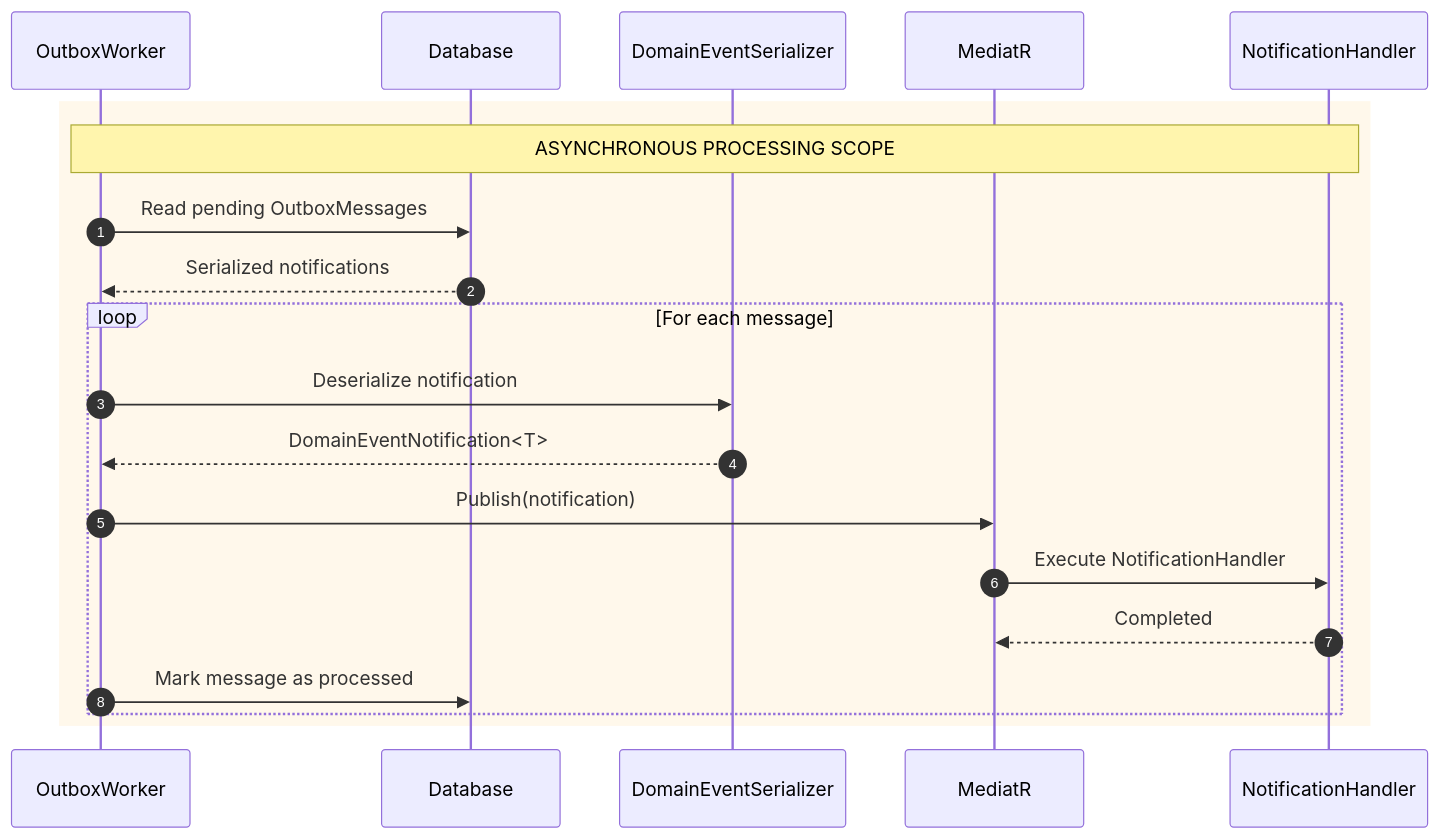
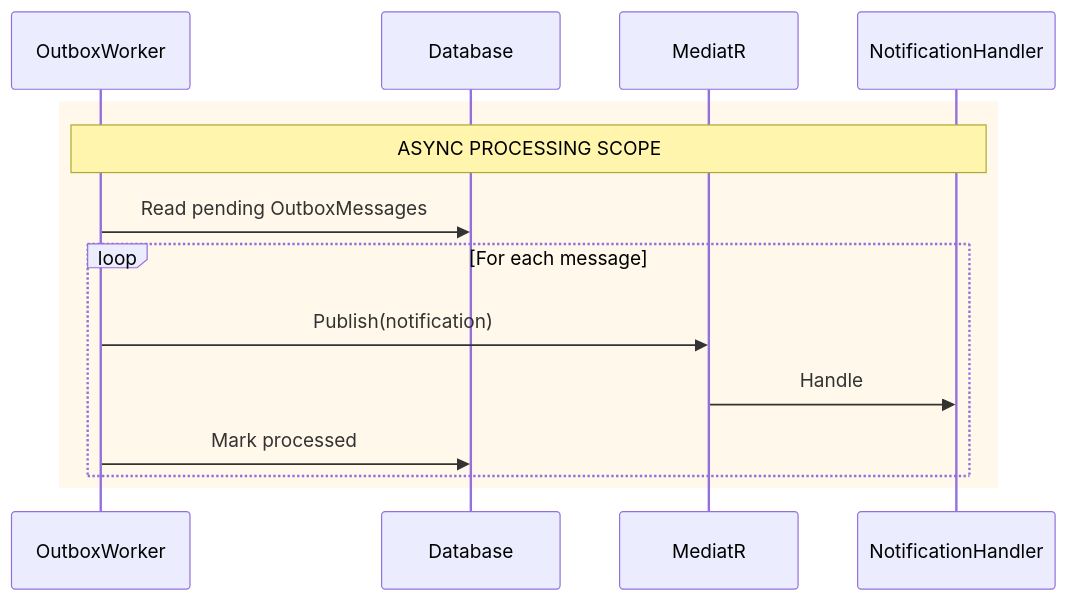
Before and after one commit to michaelatsey/microkit: the third of 3 diagrams in modules/MicroKit.MediatR/.claude-context/context/transaction-behavior-design.md, drawn with Mermaid. The commit also changed other lines of this file and 28 other files, not shown here.

````diff
--- a/modules/MicroKit.MediatR/.claude-context/context/transaction-behavior-design.md
+++ b/modules/MicroKit.MediatR/.claude-context/context/transaction-behavior-design.md
@@ -133,26 +97,18 @@
 ```mermaid
 sequenceDiagram
-    autonumber
-
     participant W as OutboxWorker
     participant DB as Database
-    participant DES as DomainEventSerializer
     participant MR as MediatR
     participant NH as NotificationHandler
 
     rect rgb(255, 248, 235)
-        Note over W,NH: ASYNCHRONOUS PROCESSING SCOPE
+        Note over W,NH: ASYNC PROCESSING SCOPE
 
         W->>DB: Read pending OutboxMessages
-        DB-->>W: Serialized notifications
-
         loop For each message
-            W->>DES: Deserialize notification
-            DES-->>W: DomainEventNotification<T>
             W->>MR: Publish(notification)
-            MR->>NH: Execute NotificationHandler
-            NH-->>MR: Completed
-            W->>DB: Mark message as processed
+            MR->>NH: Handle
+            W->>DB: Mark processed
         end
     end
 ```
````
